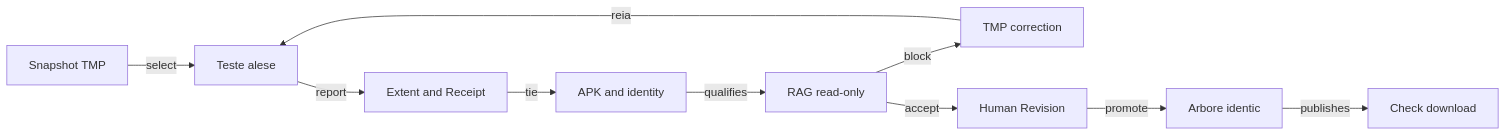
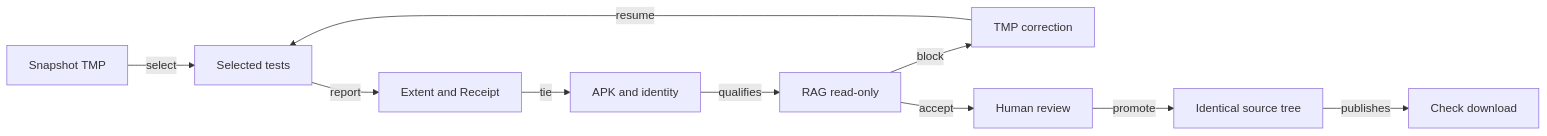
One commit to crististefanita/atf_j4 changed the second of 2 diagrams in docs/testing/ATF_ReleaseQualification.md. Above: the diagram before and after it, drawn with Mermaid. The commit also changed other lines of this file and 26 other files, not shown here.

````diff
--- a/docs/testing/ATF_ReleaseQualification.md
+++ b/docs/testing/ATF_ReleaseQualification.md
@@ -125,12 +125,12 @@
 ```mermaid
 flowchart LR
-    SNAP[Snapshot TMP] -->|select| TEST[Teste alese]
+    SNAP[Snapshot TMP] -->|select| TEST[Selected tests]
     TEST -->|report| EXT[Extent and Receipt]
     EXT -->|tie| APK[APK and identity]
     APK -->|qualifies| RAG[RAG read-only]
     RAG -->|block| FIX[TMP correction]
-    FIX -->|reia| TEST
-    RAG -->|accept| REVIEW[Human Revision]
-    REVIEW -->|promote| MAIN[Arbore identic]
+    FIX -->|resume| TEST
+    RAG -->|accept| REVIEW[Human review]
+    REVIEW -->|promote| MAIN[Identical source tree]
     MAIN -->|publishes| PUB[Check download]
 ```
````
